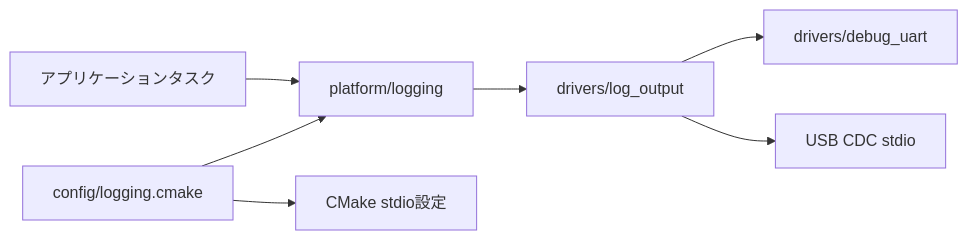
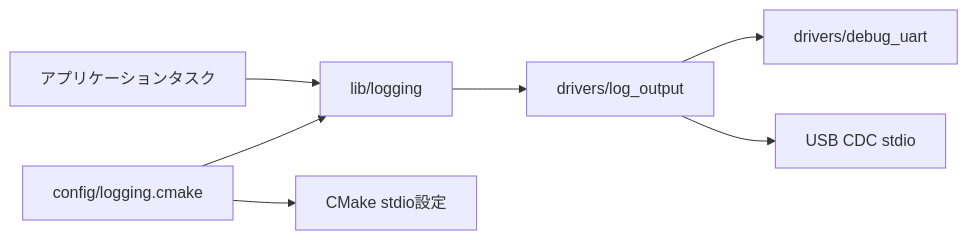
One commit to starkensan/usb_midi_pedal changed the first of 2 diagrams in docs/designs/logging.md. Above: the diagram before and after it, drawn with Mermaid. The commit also changed other lines of this file and 29 other files, not shown here.

````diff
--- a/docs/designs/logging.md
+++ b/docs/designs/logging.md
@@ -31,9 +31,9 @@
 ```mermaid
 flowchart LR
-    app[アプリケーションタスク] --> logging[platform/logging]
+    app[アプリケーションタスク] --> logging[lib/logging]
     logging --> output[drivers/log_output]
     output --> uart[drivers/debug_uart]
     output --> usb[USB CDC stdio]
     config[config/logging.cmake] --> logging
     config --> build[CMake stdio設定]
 ```
````
